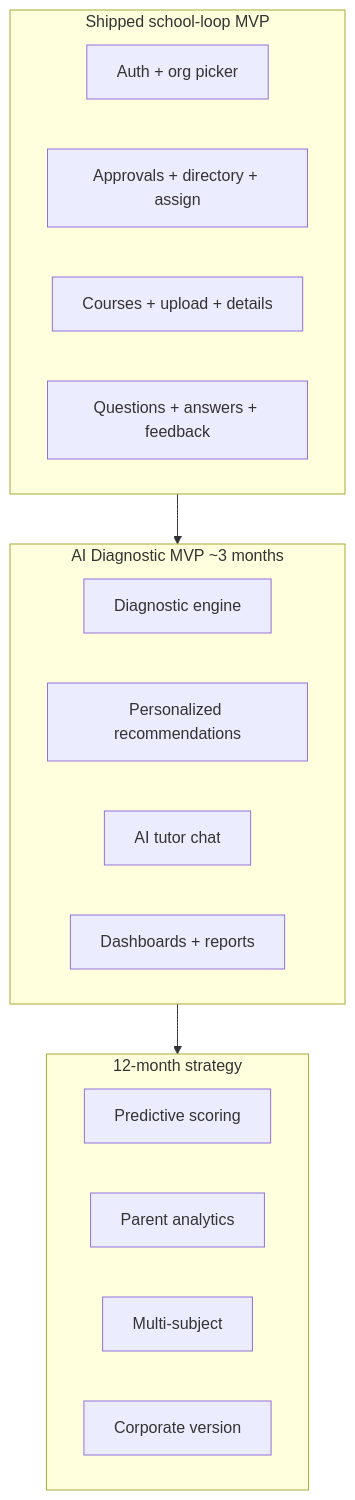
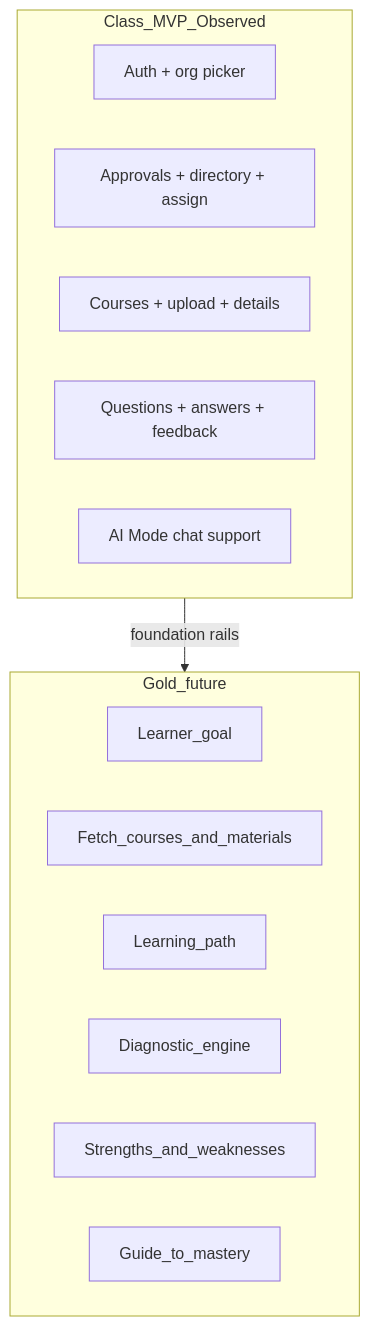
Before and after one commit to Jose-SN/majestic-warhorse: the fifth of 5 diagrams in docs/05_AI_Tutor_Adaptive_Learning_Strategy.md, drawn with Mermaid. The commit also changed other lines of this file and 24 other files, not shown here.

````diff
--- a/docs/05_AI_Tutor_Adaptive_Learning_Strategy.md
+++ b/docs/05_AI_Tutor_Adaptive_Learning_Strategy.md
@@ -432,22 +484,19 @@
 ```mermaid
 flowchart TB
-  subgraph Now["Shipped school-loop MVP"]
+  subgraph ClassMVP["Class_MVP_Observed"]
     Auth[Auth + org picker]
     Roster[Approvals + directory + assign]
     Content[Courses + upload + details]
     QA[Questions + answers + feedback]
+    Chat[AI Mode chat support]
   end
-  subgraph Next["AI Diagnostic MVP ~3 months"]
-    Diag[Diagnostic engine]
-    Rec[Personalized recommendations]
-    Chat[AI tutor chat]
-    Dash[Dashboards + reports]
+  subgraph Gold["Gold_future"]
+    Goal[Learner_goal]
+    Fetch[Fetch_courses_and_materials]
+    Path[Learning_path]
+    Diag[Diagnostic_engine]
+    Map[Strengths_and_weaknesses]
+    Guide[Guide_to_mastery]
   end
-  subgraph Later["12-month strategy"]
-    Pred[Predictive scoring]
-    Parent[Parent analytics]
-    Multi[Multi-subject]
-    Corp[Corporate version]
-  end
-  Now --> Next --> Later
+  ClassMVP -->|"foundation rails"| Gold
 ```
````
